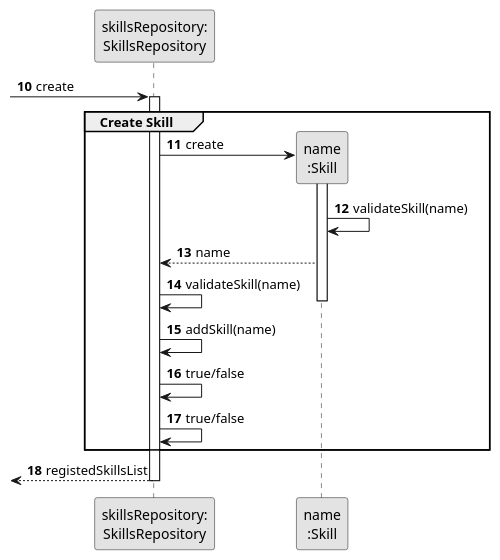
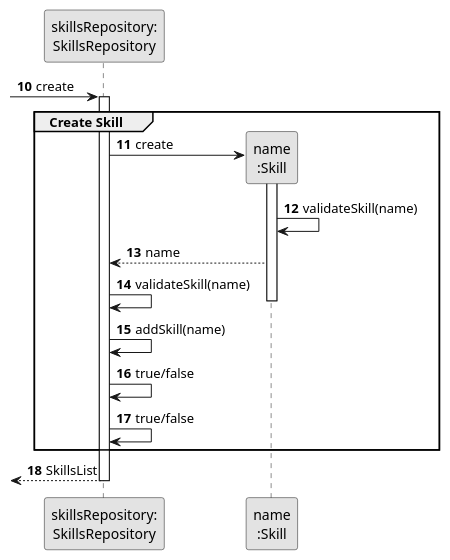
Before and after one commit to 1231360-ISEP/lei-24-s2-1db-g021: the diagram in docs/sprint2/us001/03.design/puml/us001-sequence-diagram-partial-create-skill.puml, drawn with PlantUML. The commit also changed 1 other file, not shown here.

Commit message:
Update US01 - Sequence Diagram partial create skill and SVG

```diff
--- a/docs/sprint2/us001/03.design/puml/us001-sequence-diagram-partial-create-skill.puml
+++ b/docs/sprint2/us001/03.design/puml/us001-sequence-diagram-partial-create-skill.puml
@@ -1,34 +1,34 @@
 @startuml
 skinparam monochrome true
 skinparam packageStyle rectangle
 skinparam shadowing false
 
 participant "skillsRepository:\nSkillsRepository" as SkillsRepository
 participant "name\n:Skill" as TAREFA
 
 autonumber 10
 -> SkillsRepository: create
 
 activate SkillsRepository
     group Create Skill
 
         SkillsRepository -> TAREFA**: create
                 activate TAREFA
 
                 TAREFA -> TAREFA: validateSkill(name)
 
                 TAREFA --> SkillsRepository : name
                 SkillsRepository -> SkillsRepository: validateSkill(name)
                 deactivate TAREFA
                 SkillsRepository -> SkillsRepository: addSkill(name)
                 SkillsRepository -> SkillsRepository: true/false
                 SkillsRepository -> SkillsRepository: true/false
 
     end
 
-    <-- SkillsRepository : registedSkillsList
+    <-- SkillsRepository : SkillsList
 
 deactivate SkillsRepository
 
 
 @enduml
```
